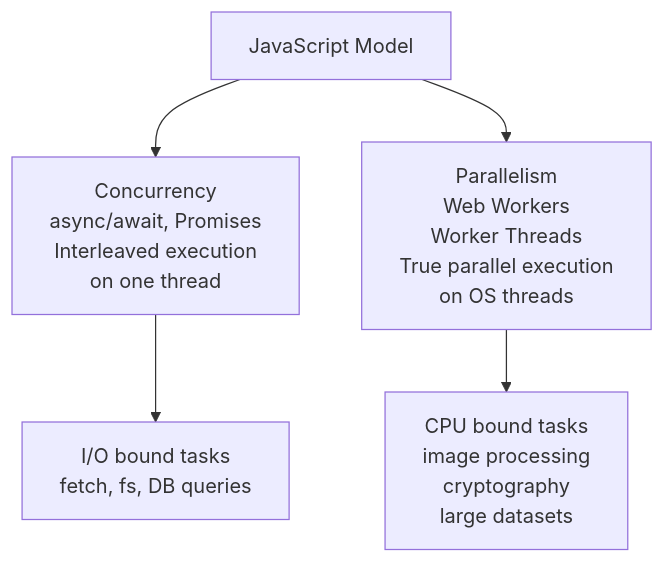
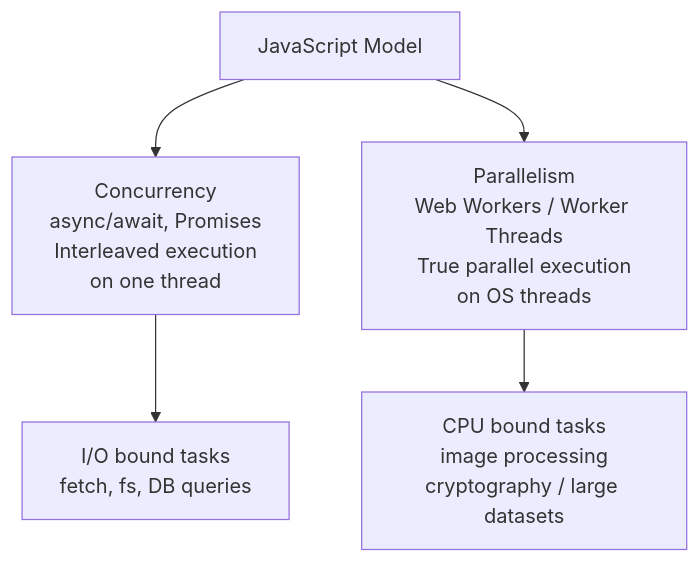
The fifth of 5 diagrams in CS/languages/javascript.md (UsmanKhalil25/cs-study), drawn with Mermaid before and after one commit. The commit also changed other lines of this file and 6 other files, not shown here.

````diff
--- a/CS/languages/javascript.md
+++ b/CS/languages/javascript.md
@@ -489,7 +489,7 @@
 ```mermaid
 flowchart TD
-    A[JavaScript Model] --> B[Concurrency\nasync/await, Promises\nInterleaved execution\non one thread]
-    A --> C[Parallelism\nWeb Workers\nWorker Threads\nTrue parallel execution\non OS threads]
-    B --> D[I/O bound tasks\nfetch, fs, DB queries]
-    C --> E[CPU bound tasks\nimage processing\ncryptography\nlarge datasets]
+    A[JavaScript Model] --> B["Concurrency<br>async/await, Promises<br>Interleaved execution<br>on one thread"]
+    A --> C["Parallelism<br>Web Workers / Worker Threads<br>True parallel execution<br>on OS threads"]
+    B --> D["I/O bound tasks<br>fetch, fs, DB queries"]
+    C --> E["CPU bound tasks<br>image processing<br>cryptography / large datasets"]
 ```
````
